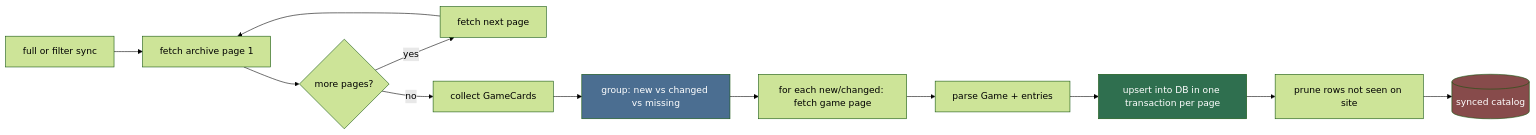
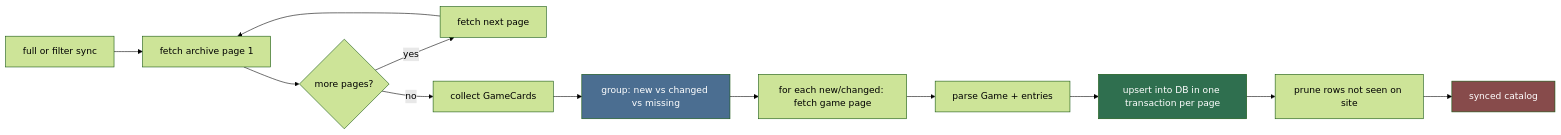
Before and after one commit to HELIX-Origin/LewdZone-Launcher: the first of 2 diagrams in .agents/agents/database/sync-orchestrator/sync-orchestrator.md, drawn with Mermaid (forest theme). The commit also changed 35 other files, not shown here.

First line of the commit message:
🎨 fix(agents): make all mermaid diagrams Rule 09 compliant

````diff
--- a/.agents/agents/database/sync-orchestrator/sync-orchestrator.md
+++ b/.agents/agents/database/sync-orchestrator/sync-orchestrator.md
@@ -21,18 +21,18 @@
 ```mermaid
 flowchart LR
     A[full or filter sync] --> B[fetch archive page 1]
     B --> C{more pages?}
     C -- yes --> D[fetch next page]
     D --> B
     C -- no --> E[collect GameCards]
-    E --> F[group: new vs changed vs missing]
-    F --> G[for each new/changed: fetch game page]
+    E --> F["group: new vs changed vs missing"]
+    F --> G["for each new/changed: fetch game page"]
     G --> H[parse Game + entries]
     H --> I[upsert into DB in one transaction per page]
     I --> J[prune rows not seen on site]
-    J --> K[(synced catalog)]
+    J --> K["synced catalog"]
 
     style F fill:#4b6e91,color:#fff
     style I fill:#2f6f4f,color:#fff
     style K fill:#874b4b,color:#fff
 ```
````
